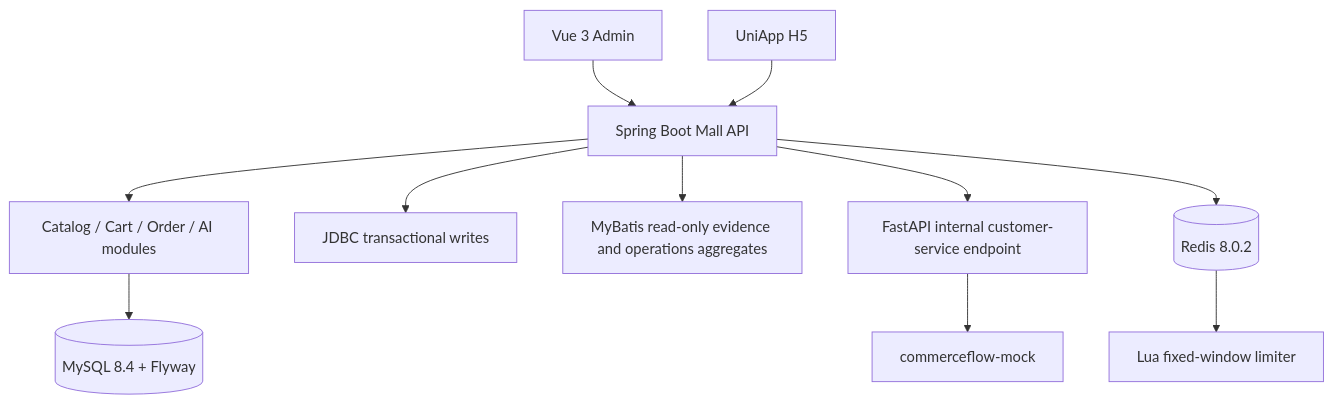
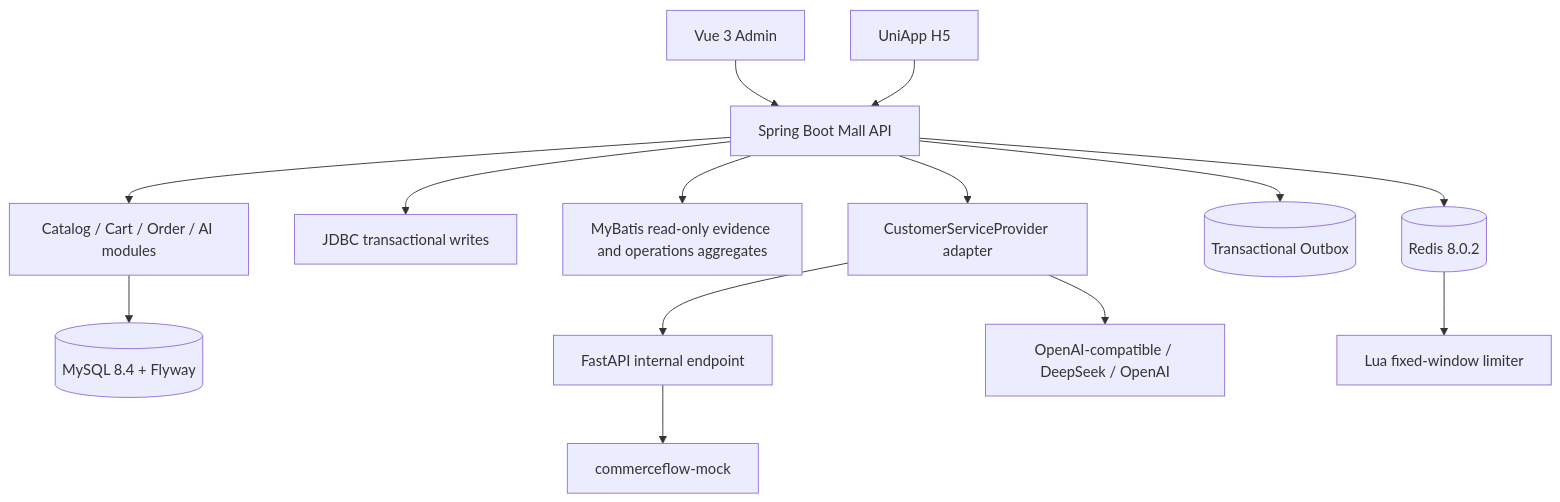
Before and after one commit to jameswilson87156-del/commerceflow-ai-mall: the diagram in docs/architecture/SYSTEM_ARCHITECTURE.md, drawn with Mermaid. The commit also changed other lines of this file and 231 other files, not shown here.

````diff
--- a/docs/architecture/SYSTEM_ARCHITECTURE.md
+++ b/docs/architecture/SYSTEM_ARCHITECTURE.md
@@ -5,13 +5,16 @@
 ```mermaid
 flowchart TB
   Admin[Vue 3 Admin] --> Api[Spring Boot Mall API]
   Mobile[UniApp H5] --> Api
   Api --> Catalog[Catalog / Cart / Order / AI modules]
   Catalog --> Mysql[(MySQL 8.4 + Flyway)]
   Api --> Jdbc[JDBC transactional writes]
   Api --> Mybatis[MyBatis read-only evidence and operations aggregates]
-  Api --> FastApi[FastAPI internal customer-service endpoint]
+  Api --> Provider[CustomerServiceProvider adapter]
+  Provider --> FastApi[FastAPI internal endpoint]
+  Provider --> External[OpenAI-compatible / DeepSeek / OpenAI]
   FastApi --> Mock[commerceflow-mock]
+  Api --> Outbox[(Transactional Outbox)]
   Api --> Redis[(Redis 8.0.2)]
   Redis --> Lua[Lua fixed-window limiter]
 ```
````
